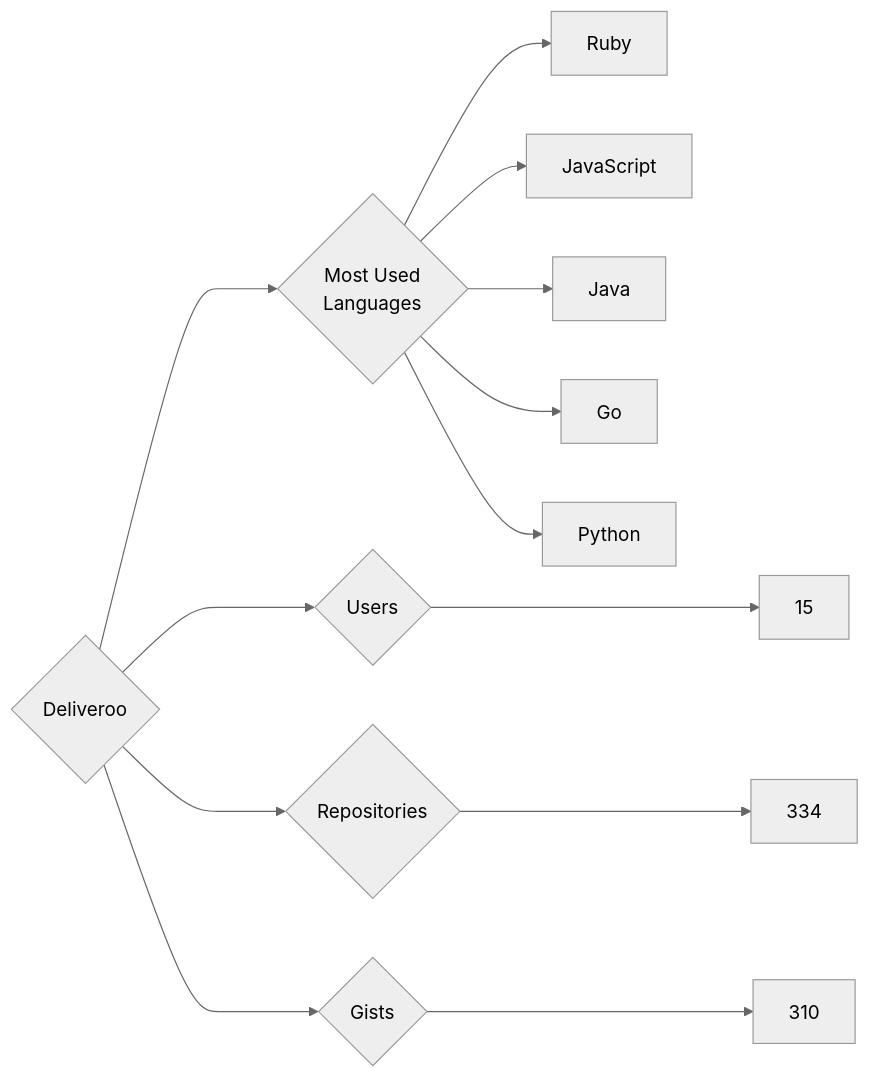
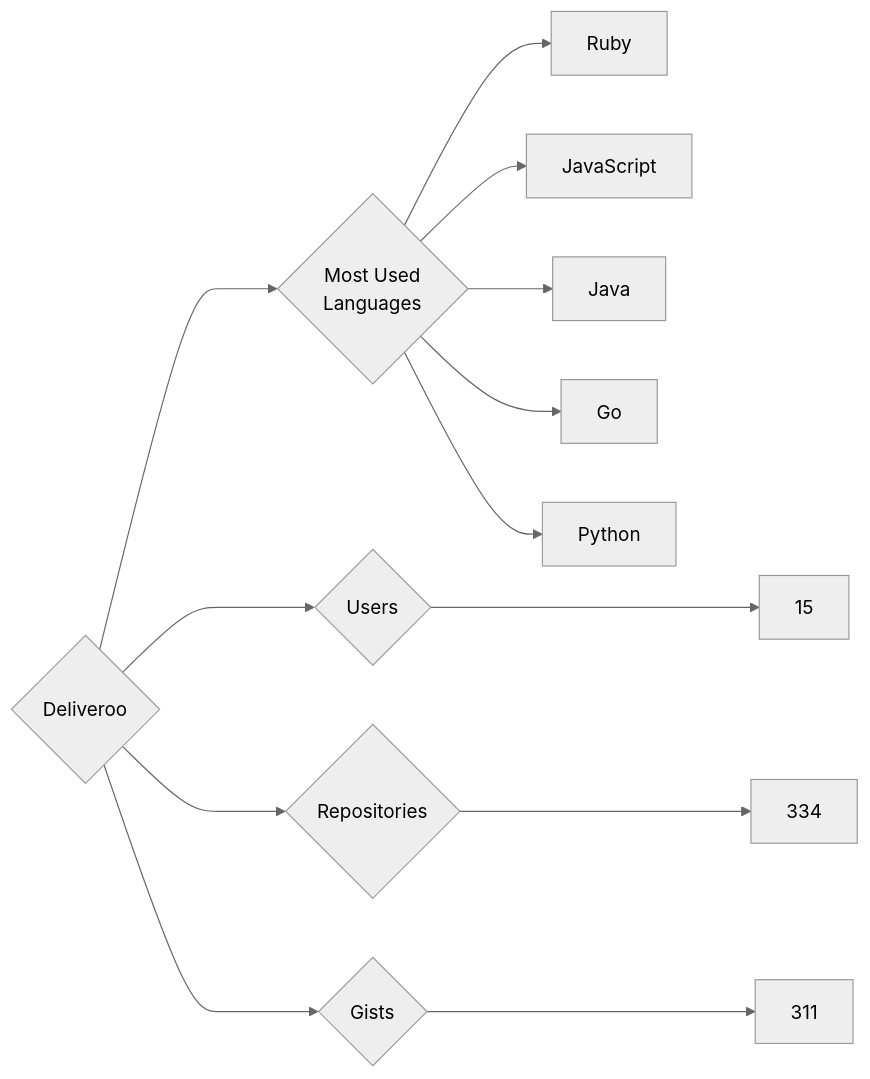
The diagram in targets/Deliveroo/README.md (trickest/insiders), drawn with Mermaid (neutral theme) before and after one commit. The commit also changed 838 other files, not shown here.

````diff
--- a/targets/Deliveroo/README.md
+++ b/targets/Deliveroo/README.md
@@ -3,13 +3,13 @@
 ```mermaid
 graph LR
 COMPANY_NAME{Deliveroo}
 COMPANY_NAME ---> U{Users} ---> UN[15]
 COMPANY_NAME ---> R{Repositories} ---> RN[334]
-COMPANY_NAME ---> G{Gists} ---> GN[310]
+COMPANY_NAME ---> G{Gists} ---> GN[311]
 COMPANY_NAME ---> ML{Most Used<br>Languages}
 ML --> Ruby[Ruby]
 ML --> JavaScript[JavaScript]
 ML --> Java[Java]
 ML --> Go[Go]
 ML --> Python[Python]
 ```
````
